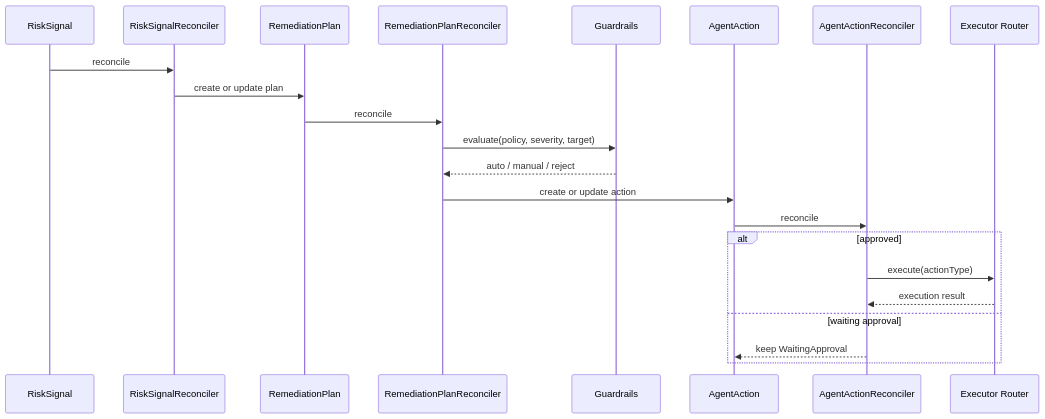
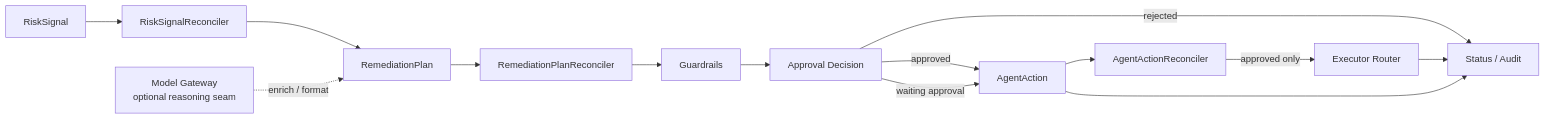
The diagram in docs/architecture/remediation-flow.md (FluxSeer/fluxseer-rca), drawn with Mermaid before and after one commit. The commit also changed other lines of this file and 7 other files, not shown here.

First line of the commit message:
docs(architecture): expand platform architecture docs and diagram sources

````diff
--- a/docs/architecture/remediation-flow.md
+++ b/docs/architecture/remediation-flow.md
@@ -86,25 +117,28 @@
 ```mermaid
-sequenceDiagram
-    participant RS as RiskSignal
-    participant RSR as RiskSignalReconciler
-    participant RP as RemediationPlan
-    participant RPR as RemediationPlanReconciler
-    participant G as Guardrails
-    participant AA as AgentAction
-    participant AAR as AgentActionReconciler
-    participant X as Executor Router
+flowchart LR
+    RS[RiskSignal]
+    RSR[RiskSignalReconciler]
+    RP[RemediationPlan]
+    MG[Model Gateway<br/>optional reasoning seam]
+    RPR[RemediationPlanReconciler]
+    G[Guardrails]
+    AP[Approval Decision]
+    AA[AgentAction]
+    AAR[AgentActionReconciler]
+    X[Executor Router]
+    AU[Status / Audit]
 
-    RS->>RSR: reconcile
-    RSR->>RP: create or update plan
-    RP->>RPR: reconcile
-    RPR->>G: evaluate(policy, severity, target)
-    G-->>RPR: auto / manual / reject
-    RPR->>AA: create or update action
-    AA->>AAR: reconcile
-    alt approved
-        AAR->>X: execute(actionType)
-        X-->>AAR: execution result
-    else waiting approval
-        AAR-->>AA: keep WaitingApproval
-    end
+    RS --> RSR
+    RSR --> RP
+    MG -. enrich / format .-> RP
+    RP --> RPR
+    RPR --> G
+    G --> AP
+    AP -->|approved| AA
+    AP -->|waiting approval| AA
+    AP -->|rejected| AU
+    AA --> AAR
+    AAR -->|approved only| X
+    X --> AU
+    AA --> AU
 ```
````
